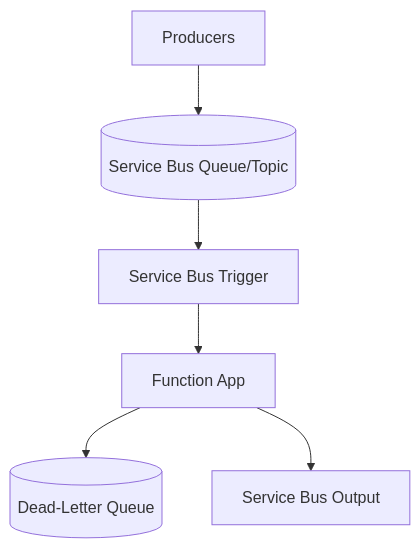
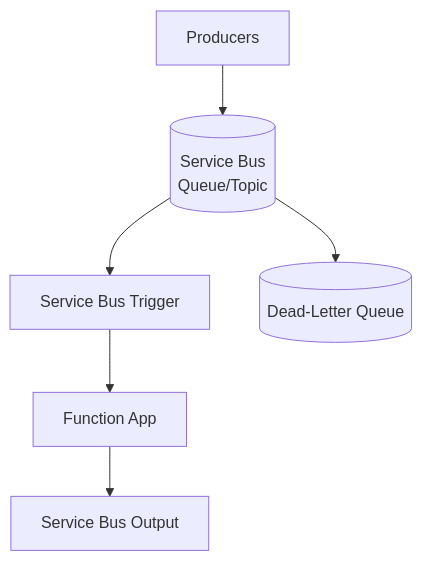
Before and after one commit to yeongseon/azure-functions-practical-guide: the diagram in docs/language-guides/python/recipes/service-bus.md, drawn with Mermaid. The commit also changed other lines of this file and 4 other files, not shown here.

First line of the commit message:
docs(diagrams): improve Python OpenAPI queue retry and Service Bus flows (#537)

````diff
--- a/docs/language-guides/python/recipes/service-bus.md
+++ b/docs/language-guides/python/recipes/service-bus.md
@@ -22,8 +23,10 @@
 ```mermaid
 flowchart TD
-    PROD[Producers] --> SBQ[(Service Bus Queue/Topic)]
+    accTitle: Service Bus processing and dead-letter outcome
+    accDescr: Producers send to Service Bus; a queue or topic subscription supplies the trigger for function processing and application output. Service Bus moves messages to the entity's dead-letter queue when the delivery limit is exceeded, not through the output binding.
+    PROD[Producers] --> SBQ[("Service Bus<br/>Queue/Topic")]
     SBQ --> TRIG[Service Bus Trigger]
     TRIG --> FA[Function App]
-    FA --> DLQ[(Dead-Letter Queue)]
+    SBQ --> DLQ[(Dead-Letter Queue)]
     FA --> OUT[Service Bus Output]
 ```
````
